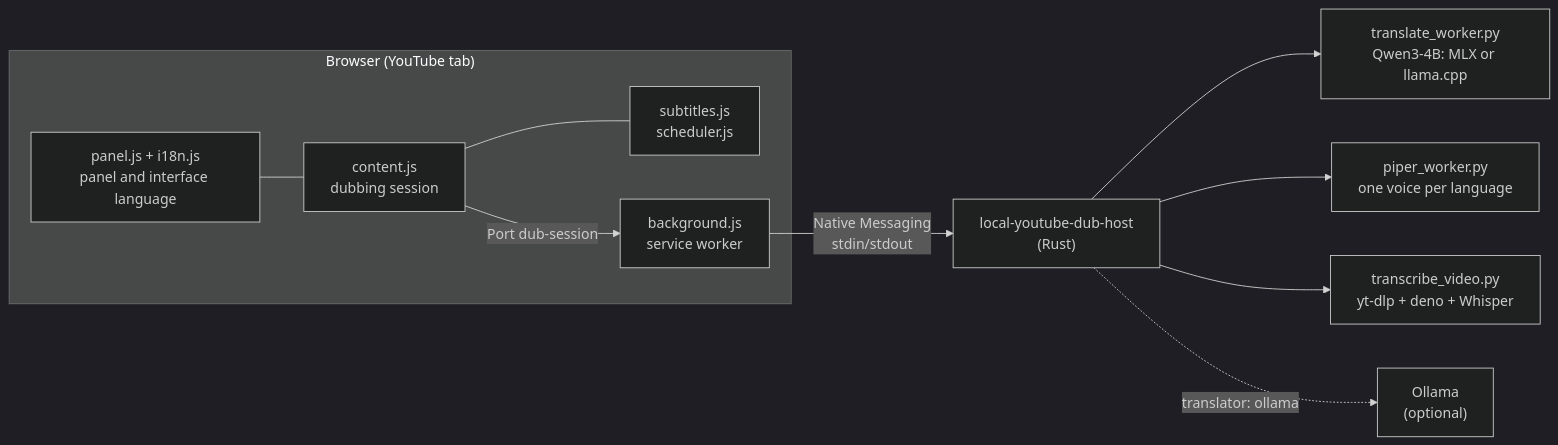
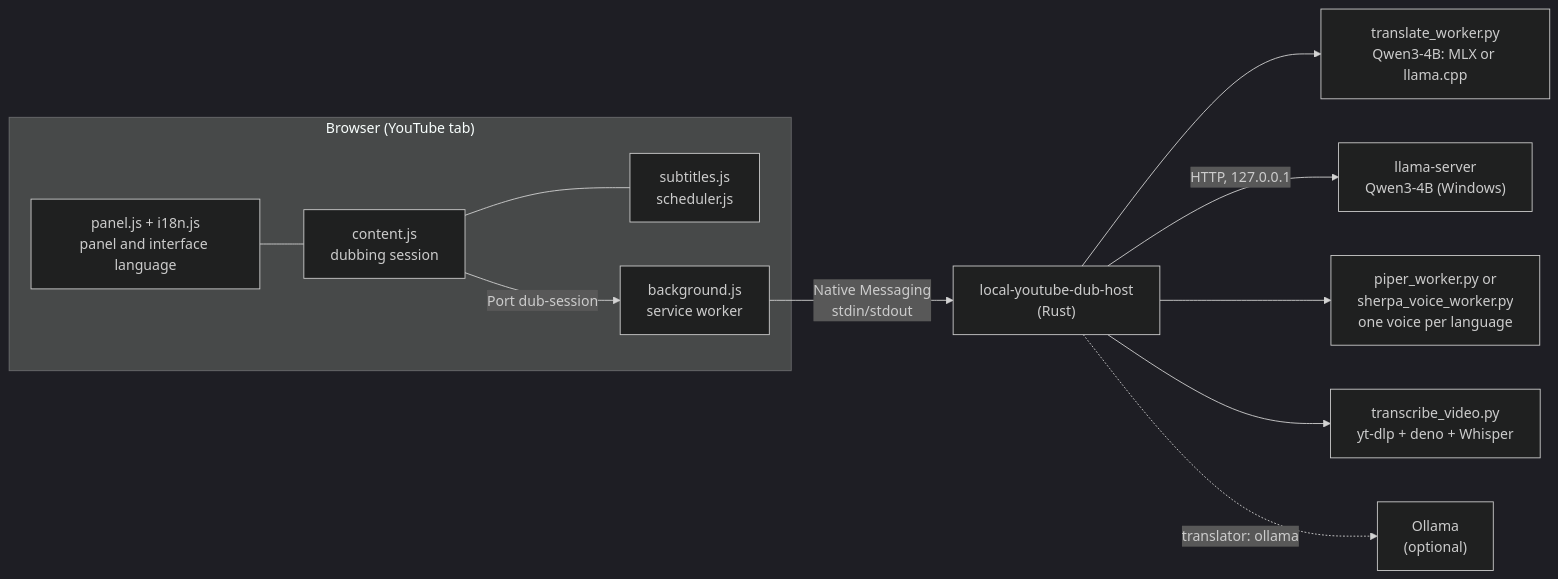
One commit to secretpray/local-youtube-dub changed the first of 3 diagrams in docs/ARCHITECTURE.md. Above: the diagram before and after it, drawn with Mermaid (dark theme). The commit also changed other lines of this file and 26 other files, not shown here.

First line of the commit message:
Add Windows support (x64, ARM64): llama-server translator, sherpa-onnx speech and voices, Job Object process trees, PowerShell setup, CI

````diff
--- a/docs/ARCHITECTURE.md
+++ b/docs/ARCHITECTURE.md
@@ -7,13 +7,14 @@
 ```mermaid
 flowchart LR
   subgraph Browser["Browser (YouTube tab)"]
     Panel["panel.js + i18n.js<br/>panel and interface language"] --- Content["content.js<br/>dubbing session"]
     Content --- Subs["subtitles.js<br/>scheduler.js"]
     Content -- "Port dub-session" --> BG["background.js<br/>service worker"]
   end
   BG -- "Native Messaging<br/>stdin/stdout" --> Host["local-youtube-dub-host<br/>(Rust)"]
   Host --> TW["translate_worker.py<br/>Qwen3-4B: MLX or llama.cpp"]
-  Host --> VW["piper_worker.py<br/>one voice per language"]
+  Host -- "HTTP, 127.0.0.1" --> LS["llama-server<br/>Qwen3-4B (Windows)"]
+  Host --> VW["piper_worker.py or<br/>sherpa_voice_worker.py<br/>one voice per language"]
   Host --> ASR["transcribe_video.py<br/>yt-dlp + deno + Whisper"]
   Host -. "translator: ollama" .-> Ollama["Ollama<br/>(optional)"]
 ```
````
